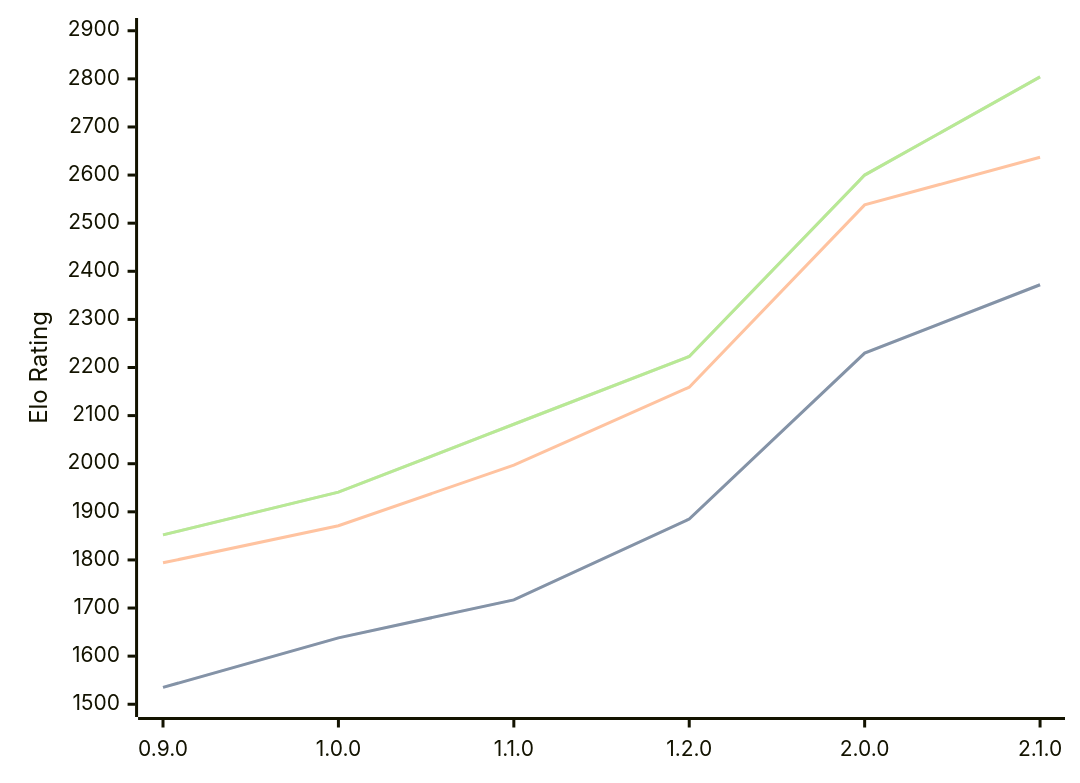
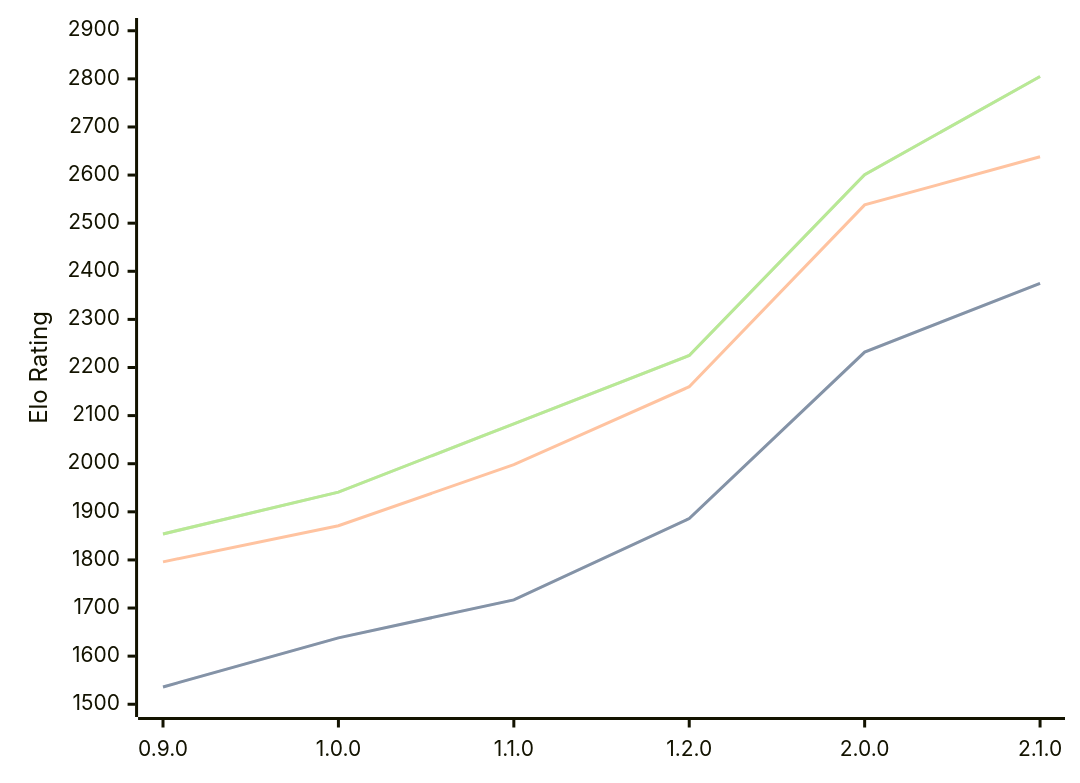
Before and after one commit to computer-chess-index/cci: the diagram in engines/Ratsu.md, drawn with Mermaid. The commit also changed other lines of this file, not shown here.

Commit message:
Update CCI Ratings (ELO VLTC) - 2026-07-24

````diff
--- a/engines/Ratsu.md
+++ b/engines/Ratsu.md
@@ -36,11 +36,11 @@
 ```mermaid
 %%{init: {"theme":"base","themeVariables":{"seriesColors:['#a3a3a3','#222221','#faa371']}}}%%
 xychart-beta
   x-axis ["0.9.0", "1.0.0", "1.1.0", "1.2.0", "2.0.0", "2.1.0"]
   y-axis "Elo Rating" 1500 --> 2900
-  line "STC (8.0+0.08s)" [1535, 1638, 1717, 1885, 2230, 2372]
-  line "STC (8.0+0.08s)" [1535, 1638, 1717, 1885, 2230, 2372]
-  line "LTC (60.0+0.60s)" [1794, 1871, 1997, 2159, 2538, 2637]
-  line "VLTC (2m24s+1.12s)" [1852, 1941, 2082, 2223, 2600, 2804]
-  line "VLTC (2m24s+1.12s)" [1852, 1941, 2082, 2223, 2600, 2804]
+  line "STC (8.0+0.08s)" [1536, 1638, 1717, 1886, 2232, 2375]
+  line "STC (8.0+0.08s)" [1536, 1638, 1717, 1886, 2232, 2375]
+  line "LTC (60.0+0.60s)" [1796, 1871, 1998, 2160, 2538, 2638]
+  line "VLTC (2m24s+1.12s)" [1854, 1941, 2083, 2225, 2601, 2805]
+  line "VLTC (2m24s+1.12s)" [1854, 1941, 2083, 2225, 2601, 2805]
 ```
````
